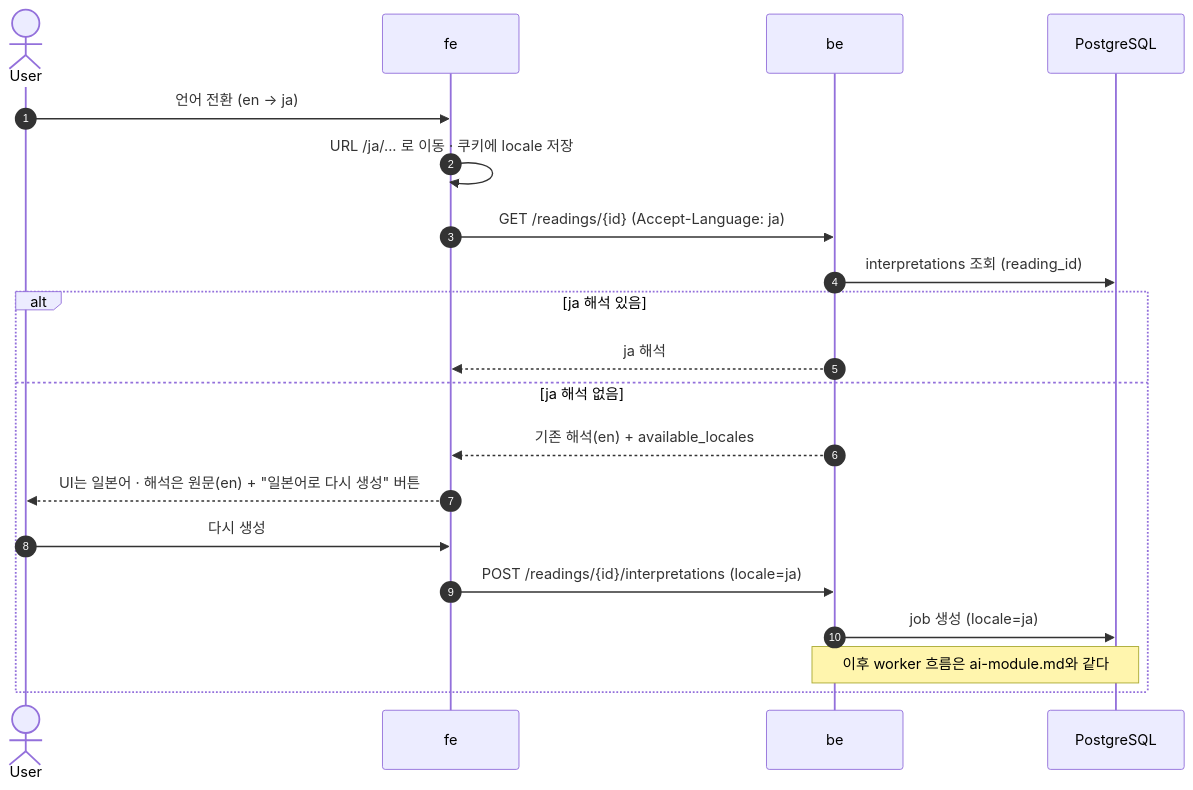
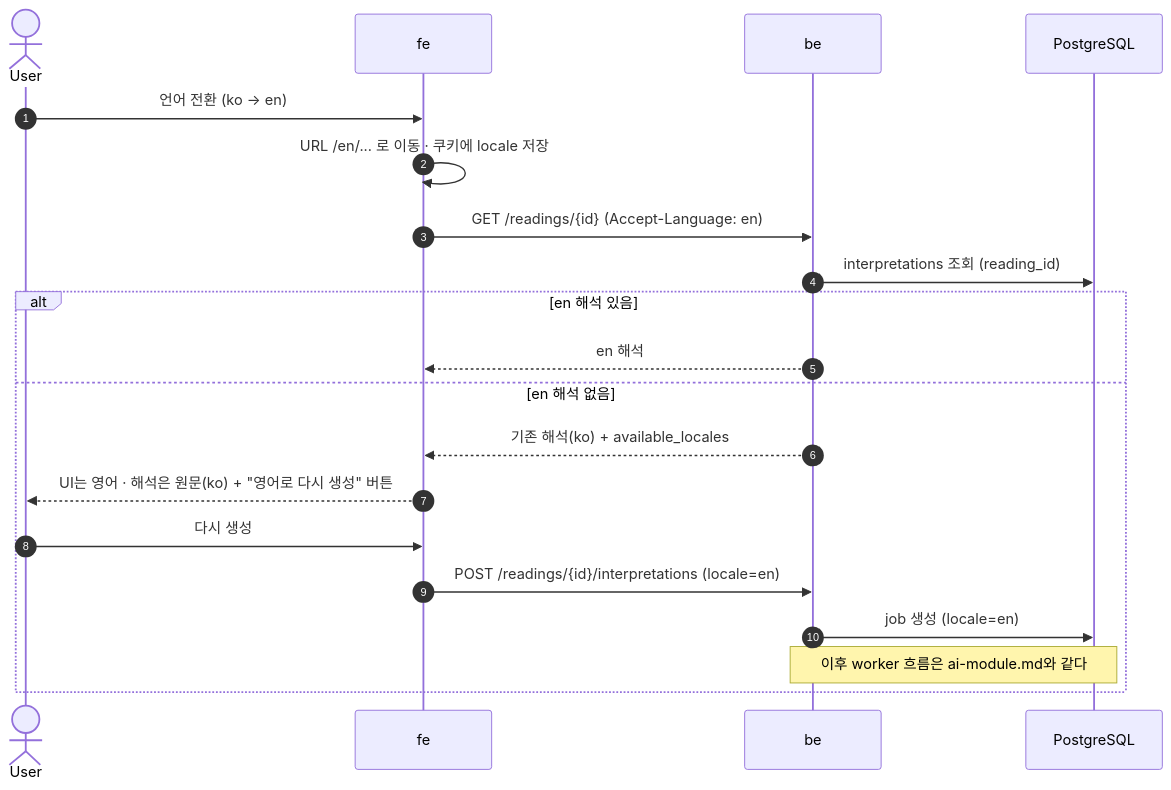
Before and after one commit to Dae-Jeong/k-saju: the third of 3 diagrams in docs/i18n.md, drawn with Mermaid. The commit also changed other lines of this file and 6 other files, not shown here.

````diff
--- a/docs/i18n.md
+++ b/docs/i18n.md
@@ -111,23 +112,23 @@
 ```mermaid
 sequenceDiagram
     autonumber
     actor U as User
     participant FE as fe
     participant BE as be
     participant DB as PostgreSQL
 
-    U->>FE: 언어 전환 (en → ja)
-    FE->>FE: URL /ja/... 로 이동 · 쿠키에 locale 저장
-    FE->>BE: GET /readings/{id} (Accept-Language: ja)
+    U->>FE: 언어 전환 (ko → en)
+    FE->>FE: URL /en/... 로 이동 · 쿠키에 locale 저장
+    FE->>BE: GET /readings/{id} (Accept-Language: en)
     BE->>DB: interpretations 조회 (reading_id)
-    alt ja 해석 있음
-        BE-->>FE: ja 해석
-    else ja 해석 없음
-        BE-->>FE: 기존 해석(en) + available_locales
-        FE-->>U: UI는 일본어 · 해석은 원문(en) + "일본어로 다시 생성" 버튼
+    alt en 해석 있음
+        BE-->>FE: en 해석
+    else en 해석 없음
+        BE-->>FE: 기존 해석(ko) + available_locales
+        FE-->>U: UI는 영어 · 해석은 원문(ko) + "영어로 다시 생성" 버튼
         U->>FE: 다시 생성
-        FE->>BE: POST /readings/{id}/interpretations (locale=ja)
-        BE->>DB: job 생성 (locale=ja)
+        FE->>BE: POST /readings/{id}/interpretations (locale=en)
+        BE->>DB: job 생성 (locale=en)
         Note over BE,DB: 이후 worker 흐름은 ai-module.md와 같다
     end
 ```
````
